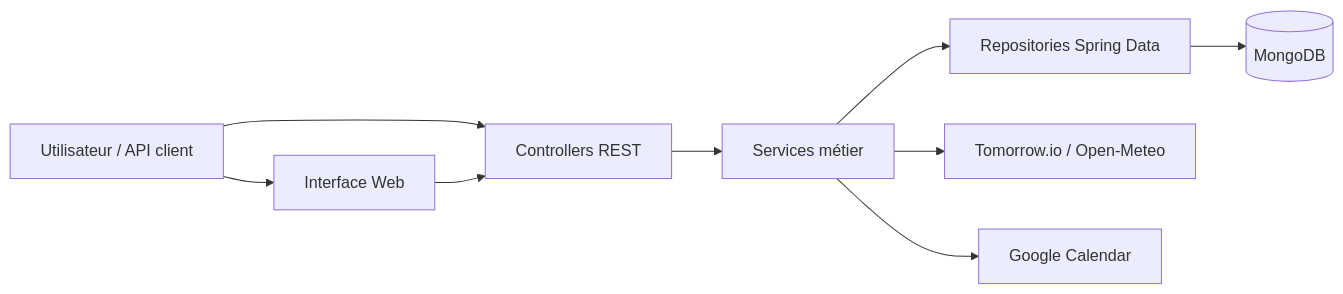
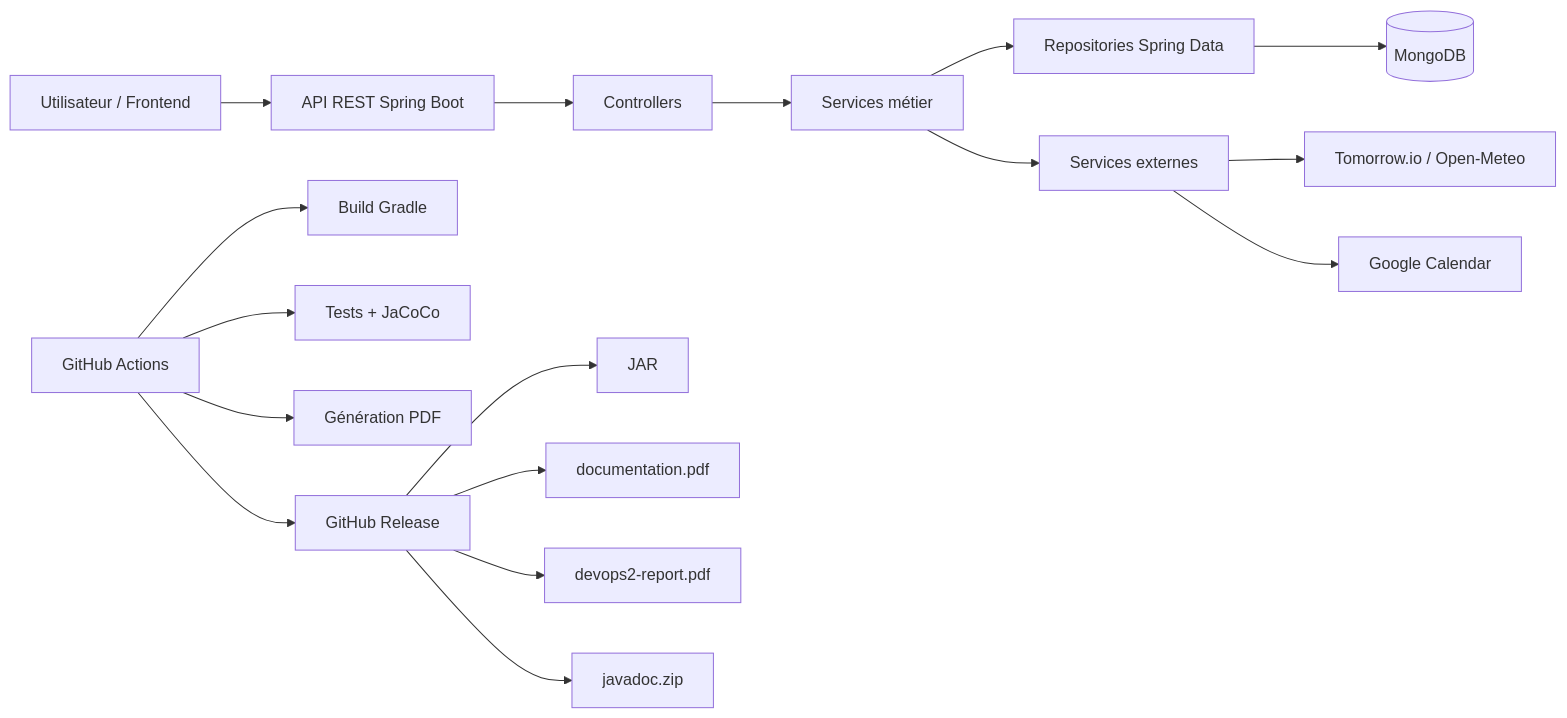
Before and after one commit to fasai444/GreenDesk: the first of 6 diagrams in docs/reports/devops-2-github-actions-report.md, drawn with Mermaid. The commit also changed other lines of this file, not shown here.

Commit message:
docs: finalize DevOps 2 technical report

````diff
--- a/docs/reports/devops-2-github-actions-report.md
+++ b/docs/reports/devops-2-github-actions-report.md
@@ -104,11 +65,22 @@
 ```mermaid
 flowchart LR
-    U[Utilisateur / API client] --> UI[Interface Web]
-    U --> C[Controllers REST]
-    UI --> C
+    U[Utilisateur / Frontend] --> API[API REST Spring Boot]
+    API --> C[Controllers]
     C --> S[Services métier]
     S --> R[Repositories Spring Data]
     R --> DB[(MongoDB)]
-    S --> W[Tomorrow.io / Open-Meteo]
-    S --> G[Google Calendar]
+
+    S --> EXT[Services externes]
+    EXT --> WEATHER[Tomorrow.io / Open-Meteo]
+    EXT --> CAL[Google Calendar]
+
+    GH[GitHub Actions] --> BUILD[Build Gradle]
+    GH --> TESTS[Tests + JaCoCo]
+    GH --> PDF[Génération PDF]
+    GH --> REL[GitHub Release]
+
+    REL --> A1[JAR]
+    REL --> A2[documentation.pdf]
+    REL --> A3[devops2-report.pdf]
+    REL --> A4[javadoc.zip]
 ```
````
